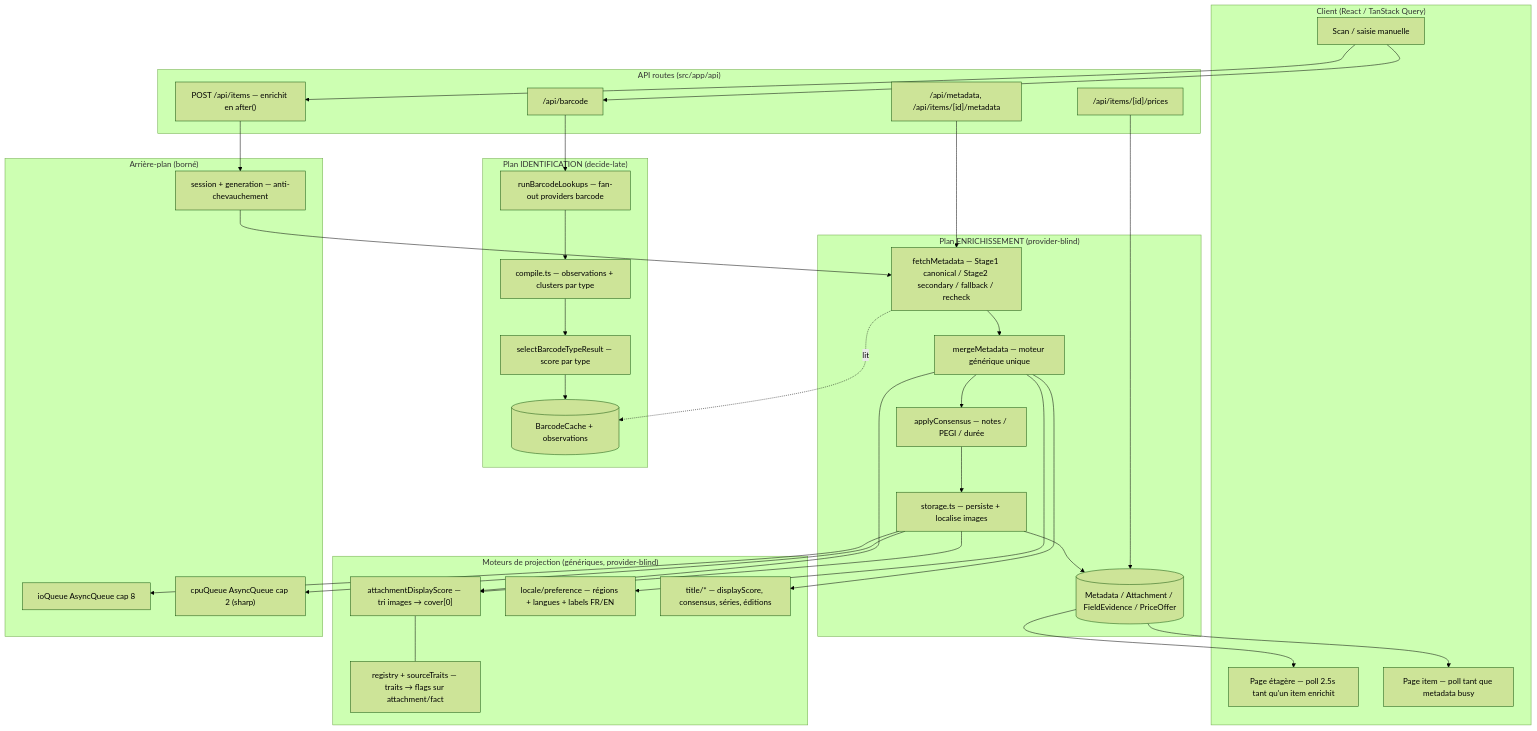
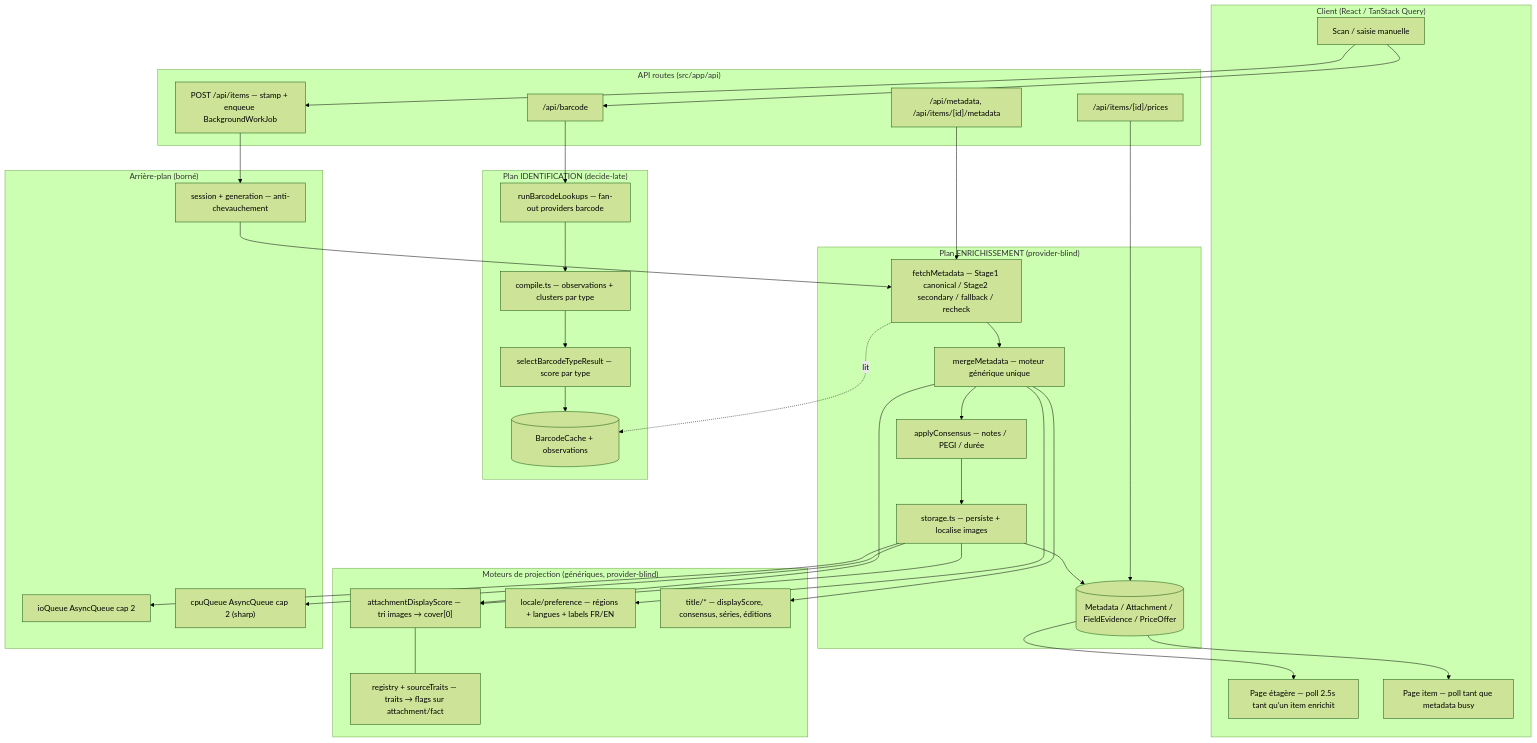
Before and after one commit to clementmoine/Placarr: the diagram in docs/audit_fonctionnement.md, drawn with Mermaid (forest theme). The commit also changed other lines of this file and 318 other files, not shown here.

````diff
--- a/docs/audit_fonctionnement.md
+++ b/docs/audit_fonctionnement.md
@@ -58,59 +58,59 @@
 ```mermaid
 flowchart TD
     subgraph client["Client (React / TanStack Query)"]
         SCAN["Scan / saisie manuelle"]
         SHELF["Page étagère — poll 2.5s tant qu'un item enrichit"]
         ITEM["Page item — poll tant que metadata busy"]
     end
 
     subgraph api["API routes (src/app/api)"]
         RBAR["/api/barcode"]
-        RITEMS["POST /api/items — enrichit en after()"]
+        RITEMS["POST /api/items — stamp + enqueue BackgroundWorkJob"]
         RMETA["/api/metadata, /api/items/[id]/metadata"]
         RPRICE["/api/items/[id]/prices"]
     end
 
     subgraph idplane["Plan IDENTIFICATION (decide-late)"]
         LOOKUPS["runBarcodeLookups — fan-out providers barcode"]
         COMPILE["compile.ts — observations + clusters par type"]
         SELECT["selectBarcodeTypeResult — score par type"]
         BC[("BarcodeCache + observations")]
     end
 
     subgraph enrichplane["Plan ENRICHISSEMENT (provider-blind)"]
         FETCH["fetchMetadata — Stage1 canonical / Stage2 secondary / fallback / recheck"]
         MERGE["mergeMetadata — moteur générique unique"]
         CONS["applyConsensus — notes / PEGI / durée"]
         STORE["storage.ts — persiste + localise images"]
         MD[("Metadata / Attachment / FieldEvidence / PriceOffer")]
     end
 
     subgraph engines["Moteurs de projection (génériques, provider-blind)"]
         IMG["attachmentDisplayScore — tri images → cover[0]"]
         LOC["locale/preference — régions + langues + labels FR/EN"]
         TITLE["title/* — displayScore, consensus, séries, éditions"]
         TRAITS["registry + sourceTraits — traits → flags sur attachment/fact"]
     end
 
     subgraph jobs["Arrière-plan (borné)"]
-        IOQ["ioQueue AsyncQueue cap 8"]
+        IOQ["ioQueue AsyncQueue cap 2"]
         CPUQ["cpuQueue AsyncQueue cap 2 (sharp)"]
         SESS["session + generation — anti-chevauchement"]
     end
 
     SCAN --> RBAR --> LOOKUPS --> COMPILE --> SELECT --> BC
     SCAN --> RITEMS --> SESS --> FETCH
     RMETA --> FETCH
     FETCH --> MERGE --> CONS --> STORE --> MD
     FETCH -. lit .-> BC
     MERGE --> IMG
     MERGE --> LOC
     MERGE --> TITLE
     STORE --> IMG
     IMG --- TRAITS
     STORE --> IOQ
     STORE --> CPUQ
     MD --> SHELF
     MD --> ITEM
     RPRICE --> MD
 ```
````
